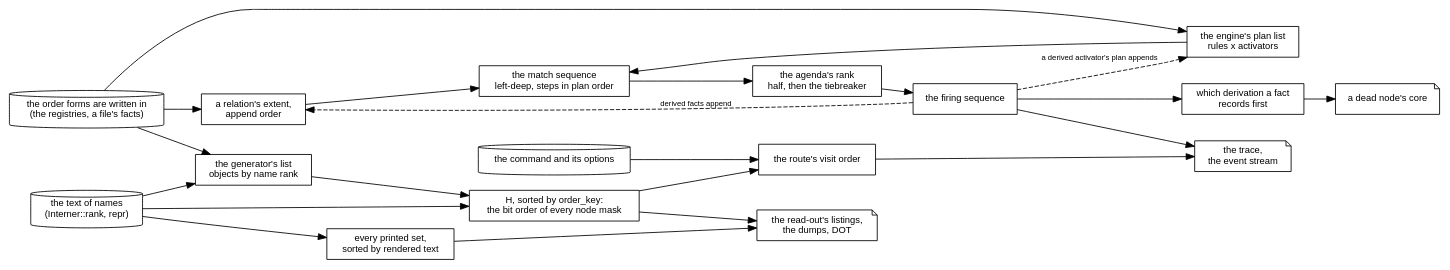
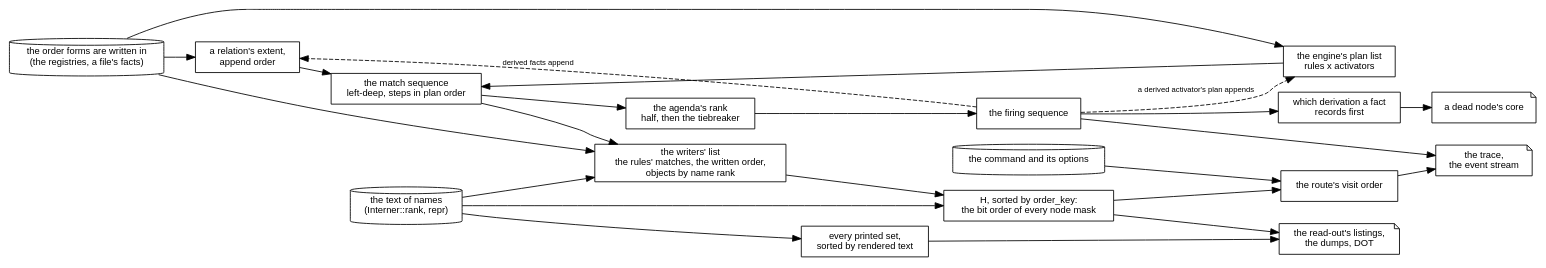
One commit to agutikov/ein changed the diagram in docs/ein/ein.rs/03-design/diagrams/01-order-chains.dot. Above: the diagram before and after it, drawn with Graphviz. The commit also changed 138 other files, not shown here.

```diff
--- a/docs/ein/ein.rs/03-design/diagrams/01-order-chains.dot
+++ b/docs/ein/ein.rs/03-design/diagrams/01-order-chains.dot
@@ -1,37 +1,37 @@
 digraph orders {
   rankdir=LR;
   node [shape=box, fontname="Helvetica", fontsize=11];
   edge [fontname="Helvetica", fontsize=9];
 
   written [shape=cylinder, label="the order forms are written in\n(the registries, a file's facts)"];
   names   [shape=cylinder, label="the text of names\n(Interner::rank, repr)"];
   argv    [shape=cylinder, label="the command and its options"];
 
   extent  [label="a relation's extent,\nappend order"];
   plans   [label="the engine's plan list\nrules x activators"];
   matches [label="the match sequence\nleft-deep, steps in plan order"];
   rank    [label="the agenda's rank\nhalf, then the tiebreaker"];
   firing  [label="the firing sequence"];
   first   [label="which derivation a fact\nrecords first"];
-  gen     [label="the generator's list\nobjects by name rank"];
+  gen     [label="the writers' list\nthe rules' matches, the written order,\nobjects by name rank"];
   H       [label="H, sorted by order_key:\nthe bit order of every node mask"];
   visit   [label="the route's visit order"];
   sorted  [label="every printed set,\nsorted by rendered text"];
 
   o_trace [shape=note, label="the trace,\nthe event stream"];
   o_core  [shape=note, label="a dead node's core"];
   o_list  [shape=note, label="the read-out's listings,\nthe dumps, DOT"];
 
   written -> extent; written -> plans;
   extent -> matches; plans -> matches;
   matches -> rank; rank -> firing;
   firing -> extent [style=dashed, label="derived facts append"];
   firing -> plans  [style=dashed, label="a derived activator's plan appends"];
   firing -> first; firing -> o_trace;
   first -> o_core;
-  names -> gen; written -> gen;
+  names -> gen; written -> gen; matches -> gen;
   gen -> H; names -> H;
   H -> visit; argv -> visit;
   visit -> o_trace;
   names -> sorted; sorted -> o_list; H -> o_list;
 }
```
